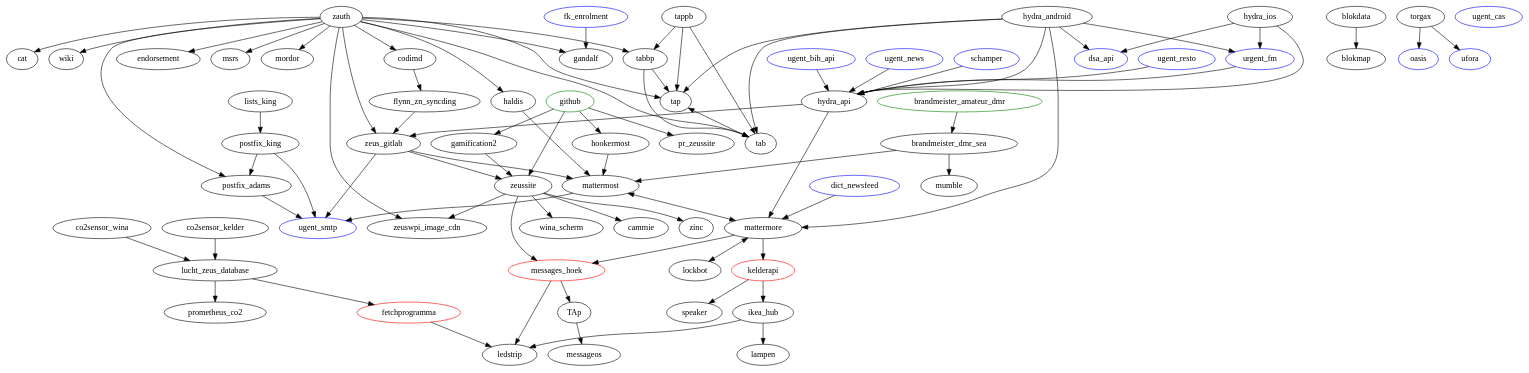
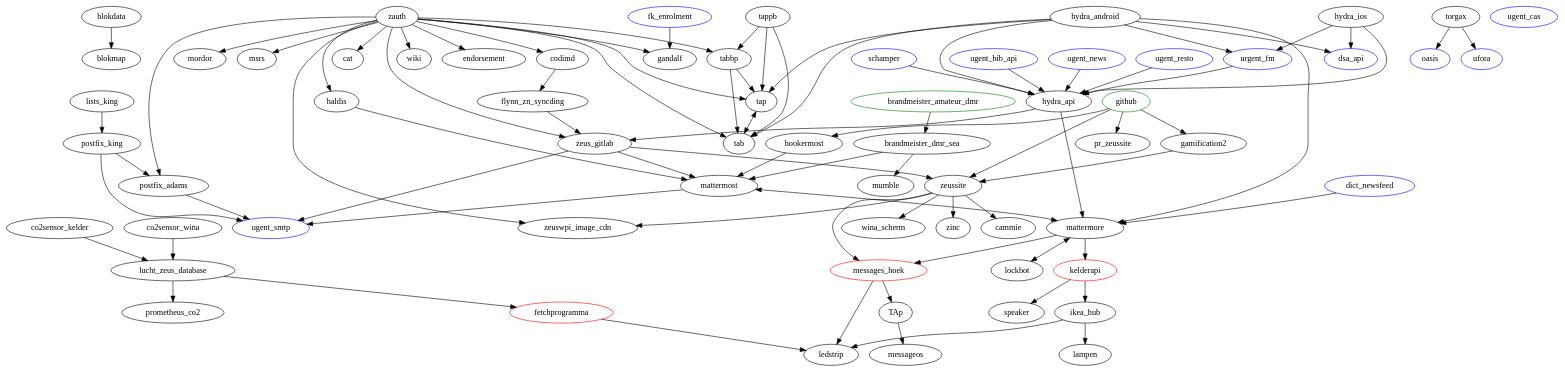
One commit to ZeusWPI/ansible-config changed the diagram in overzicht.dot. Above: the diagram before and after it, drawn with Graphviz.

Commit message:
overzicht: Declare all nodes at the top of the file.

```diff
--- a/overzicht.dot
+++ b/overzicht.dot
@@ -1,135 +1,183 @@
 digraph ZeusInfrastructuur {
+
+blokdata
+blokmap
+brandmeister_dmr_sea
+cammie
+cat
+co2sensor_kelder
+co2sensor_wina
+codimd
+endorsement
+fetchprogramma [color = red]
+flynn_zn_syncding
+gamification2
+gandalf
+haldis
+hookermost
+hydra_android
+hydra_api
+hydra_ios
+ikea_hub
+kelderapi [color = red]
+lampen
+ledstrip
+lists_king
+lockbot
+lucht_zeus_database
+mattermore
+mattermost
+messageos
+messages_hoek [color = red]
+mordor
+msrs
+mumble
+postfix_adams
+postfix_king
+pr_zeussite
+prometheus_co2
+speaker
+tab
+tabbp
+TAp
+tap
+tappb
+torgax
+wiki
+wina_scherm
+zauth
+zeus_gitlab
+zeussite
+zeuswpi_image_cdn
+zinc
+
+dict_newsfeed [color = blue]
+dsa_api [color = blue]
+fk_enrolment [color = blue]
+oasis [color = blue]
+schamper [color = blue]
+ufora [color = blue]
+ugent_bib_api [color = blue]
+ugent_cas [color = blue]
+ugent_news [color = blue]
+ugent_resto [color = blue]
+ugent_smtp [color = blue]
+urgent_fm [color = blue]
+
+brandmeister_amateur_dmr [color = green]
+github [color = green]
 
 
 mattermost -> mattermore [dir = both]
 mattermore -> lockbot [dir = both]
 mattermore -> messages_hoek
 hydra_api -> mattermore
 dict_newsfeed -> mattermore
 
 messages_hoek -> ledstrip
 messages_hoek -> TAp
 TAp -> messageos
 
 mattermore -> kelderapi
 kelderapi -> ikea_hub
 kelderapi -> speaker
 
 tap -> tab [dir = both]
 
 
 // inloggen met zauth
 zauth -> tap
 zauth -> tab
 zauth -> haldis
 zauth -> cat
 zauth -> wiki
 zauth -> zeuswpi_image_cdn
 zauth -> endorsement
 zauth -> tabbp
 zauth -> msrs
 zauth -> mordor
 zauth -> codimd
 
 
 codimd -> flynn_zn_syncding
 flynn_zn_syncding -> zeus_gitlab
 
 
 // posts in ~voedsels
 haldis -> mattermost
 
 hydra_android -> hydra_api
 hydra_android -> tab
 hydra_android -> tap
 hydra_android -> mattermore
 hydra_android -> dsa_api
 hydra_android -> urgent_fm
 
 hydra_ios -> hydra_api
 hydra_ios -> urgent_fm
 hydra_ios -> dsa_api
 
 tappb -> tab
 tappb -> tap
 tappb -> tabbp
 tabbp -> tab
 tabbp -> tap
 
 ugent_resto -> hydra_api
 urgent_fm -> hydra_api
 ugent_bib_api -> hydra_api
 ugent_news -> hydra_api
 schamper -> hydra_api
 hydra_api -> zeus_gitlab // archiven van gescrapete data
 
 
 postfix_king -> ugent_smtp
 lists_king -> postfix_king
 postfix_king -> postfix_adams
 zauth -> postfix_adams
 postfix_adams -> ugent_smtp
 
 co2sensor_kelder -> lucht_zeus_database
 co2sensor_wina -> lucht_zeus_database
 lucht_zeus_database -> fetchprogramma
 lucht_zeus_database -> prometheus_co2
 fetchprogramma -> ledstrip
 
 ikea_hub -> lampen
 ikea_hub -> ledstrip
 
 gamification2 -> zeussite
 zeussite -> wina_scherm
 zeussite -> cammie
 zeussite -> zeuswpi_image_cdn
 zeussite -> zinc
 zeussite -> messages_hoek
 zeus_gitlab -> zeussite // de verslagen
 github -> gamification2
 github -> hookermost
 hookermost -> mattermost
 
 
 blokdata -> blokmap
 
 github -> pr_zeussite
 github -> zeussite
 
 torgax -> oasis
 torgax -> ufora
 
 zauth -> zeus_gitlab
 
 // DRIVE posting in bestuur-dev
 zeus_gitlab -> mattermost
 zeus_gitlab -> ugent_smtp
 mattermost -> ugent_smtp
 
 fk_enrolment -> gandalf
 zauth -> gandalf
 
 brandmeister_amateur_dmr -> brandmeister_dmr_sea
 brandmeister_dmr_sea -> mumble
 brandmeister_dmr_sea -> mattermost
 
-dict_newsfeed [color = blue]
-ugent_resto [color = blue]
-ugent_smtp [color = blue]
-dsa_api [color = blue]
-ugent_bib_api [color = blue]
-ugent_news [color = blue]
-urgent_fm [color = blue]
-schamper [color = blue]
-github [color = green]
-brandmeister_amateur_dmr [color = green]
-oasis [color = blue]
-ufora [color = blue]
-fk_enrolment [color = blue]
-ugent_cas [color = blue]
-
-kelderapi [color = red]
-messages_hoek [color = red]
-fetchprogramma [color = red]
-
 }
```
